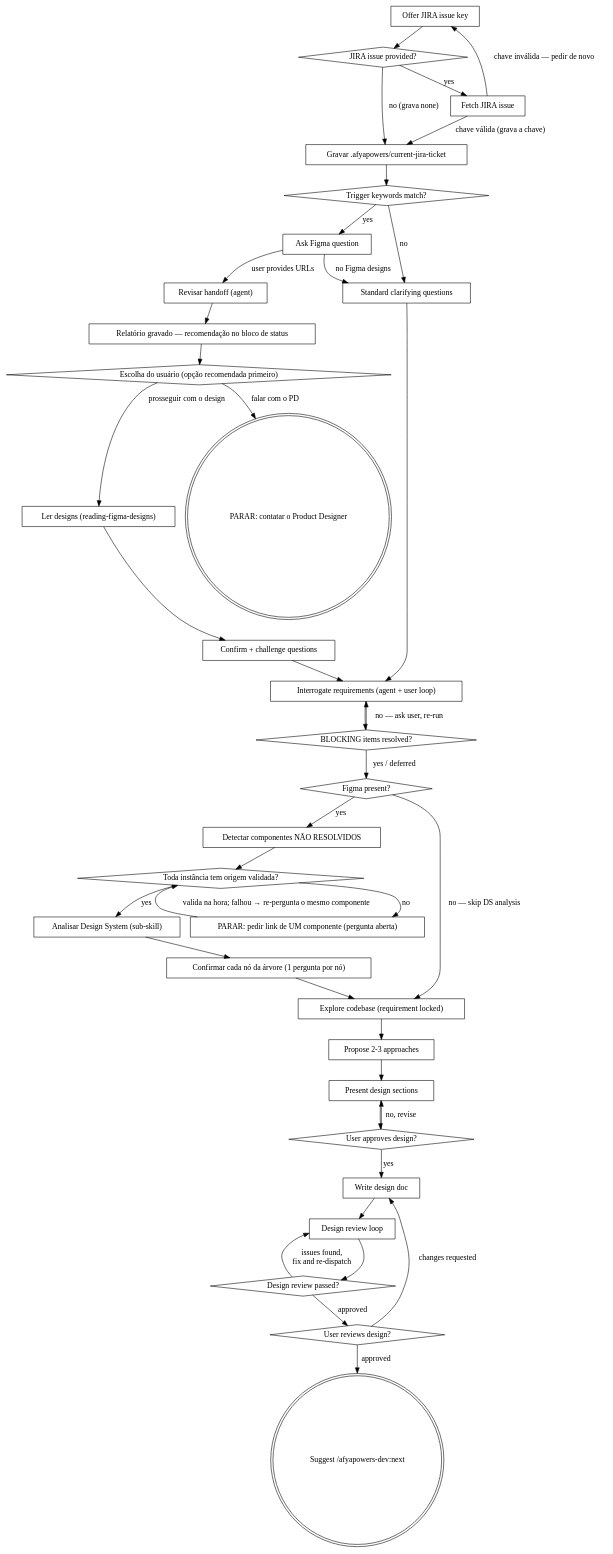
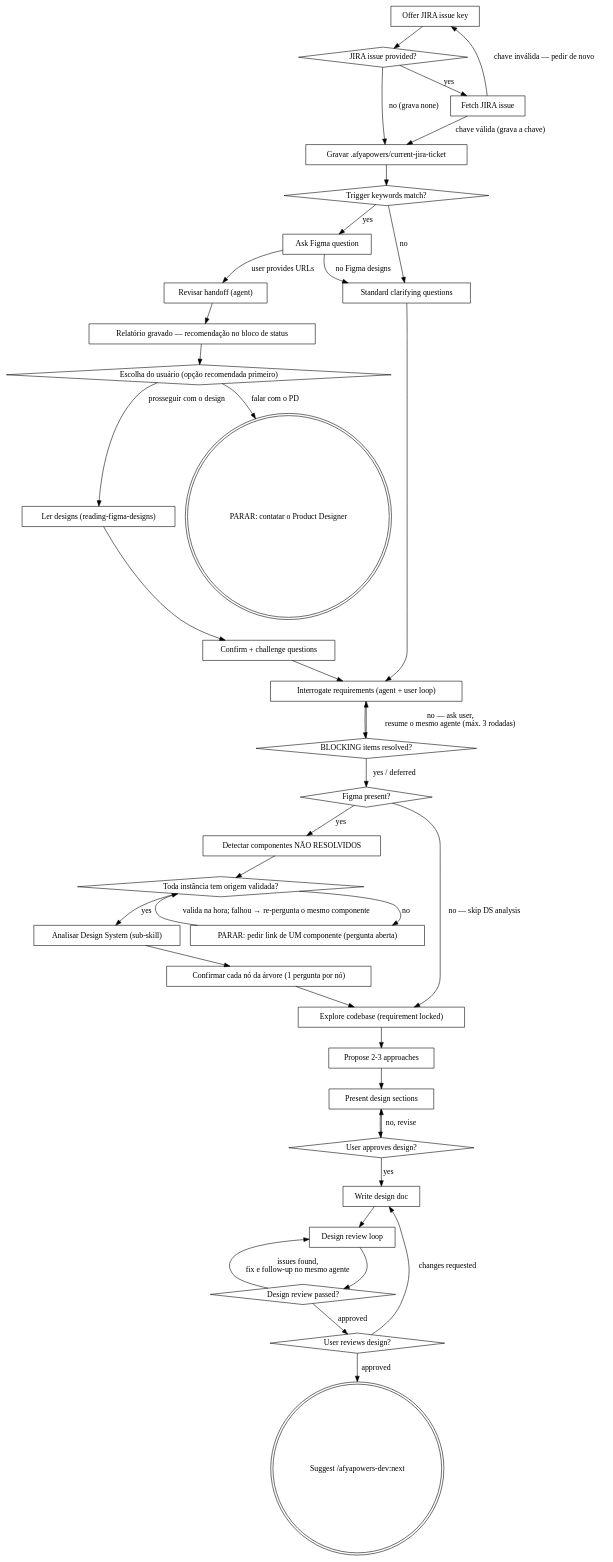
One commit to iclinic/afyapowers changed the diagram in dist/claude/skills/design/SKILL.md. Above: the diagram before and after it, drawn with Graphviz. The commit also changed other lines of this file and 51 other files, not shown here.

````diff
--- a/dist/claude/skills/design/SKILL.md
+++ b/dist/claude/skills/design/SKILL.md
@@ -62,74 +62,74 @@
 ```dot
 digraph design {
     "Offer JIRA issue key" [shape=box];
     "JIRA issue provided?" [shape=diamond];
     "Fetch JIRA issue" [shape=box];
     "Gravar .afyapowers/current-jira-ticket" [shape=box];
     "Trigger keywords match?" [shape=diamond];
     "Ask Figma question" [shape=box];
     "Revisar handoff (agent)" [shape=box];
     "Relatório gravado — recomendação no bloco de status" [shape=box];
     "Escolha do usuário (opção recomendada primeiro)" [shape=diamond];
     "PARAR: contatar o Product Designer" [shape=doublecircle];
     "Ler designs (reading-figma-designs)" [shape=box];
     "Confirm + challenge questions" [shape=box];
     "Standard clarifying questions" [shape=box];
     "Interrogate requirements (agent + user loop)" [shape=box];
     "BLOCKING items resolved?" [shape=diamond];
     "Figma present?" [shape=diamond];
     "Detectar componentes NÃO RESOLVIDOS" [shape=box];
     "Toda instância tem origem validada?" [shape=diamond];
     "PARAR: pedir link de UM componente (pergunta aberta)" [shape=box];
     "Analisar Design System (sub-skill)" [shape=box];
     "Confirmar cada nó da árvore (1 pergunta por nó)" [shape=box];
     "Explore codebase (requirement locked)" [shape=box];
     "Propose 2-3 approaches" [shape=box];
     "Present design sections" [shape=box];
     "User approves design?" [shape=diamond];
     "Write design doc" [shape=box];
     "Design review loop" [shape=box];
     "Design review passed?" [shape=diamond];
     "User reviews design?" [shape=diamond];
     "Suggest /afyapowers-dev:next" [shape=doublecircle];
 
     "Offer JIRA issue key" -> "JIRA issue provided?";
     "JIRA issue provided?" -> "Fetch JIRA issue" [label="yes"];
     "JIRA issue provided?" -> "Gravar .afyapowers/current-jira-ticket" [label="no (grava none)"];
     "Fetch JIRA issue" -> "Gravar .afyapowers/current-jira-ticket" [label="chave válida (grava a chave)"];
     "Fetch JIRA issue" -> "Offer JIRA issue key" [label="chave inválida — pedir de novo"];
     "Gravar .afyapowers/current-jira-ticket" -> "Trigger keywords match?";
     "Trigger keywords match?" -> "Ask Figma question" [label="yes"];
     "Trigger keywords match?" -> "Standard clarifying questions" [label="no"];
     "Ask Figma question" -> "Revisar handoff (agent)" [label="user provides URLs"];
     "Ask Figma question" -> "Standard clarifying questions" [label="no Figma designs"];
     "Revisar handoff (agent)" -> "Relatório gravado — recomendação no bloco de status";
     "Relatório gravado — recomendação no bloco de status" -> "Escolha do usuário (opção recomendada primeiro)";
     "Escolha do usuário (opção recomendada primeiro)" -> "PARAR: contatar o Product Designer" [label="falar com o PD"];
     "Escolha do usuário (opção recomendada primeiro)" -> "Ler designs (reading-figma-designs)" [label="prosseguir com o design"];
     "Ler designs (reading-figma-designs)" -> "Confirm + challenge questions";
     "Confirm + challenge questions" -> "Interrogate requirements (agent + user loop)";
     "Standard clarifying questions" -> "Interrogate requirements (agent + user loop)";
     "Interrogate requirements (agent + user loop)" -> "BLOCKING items resolved?";
-    "BLOCKING items resolved?" -> "Interrogate requirements (agent + user loop)" [label="no — ask user, re-run"];
+    "BLOCKING items resolved?" -> "Interrogate requirements (agent + user loop)" [label="no — ask user,\nresume o mesmo agente (máx. 3 rodadas)"];
     "BLOCKING items resolved?" -> "Figma present?" [label="yes / deferred"];
     "Figma present?" -> "Detectar componentes NÃO RESOLVIDOS" [label="yes"];
     "Figma present?" -> "Explore codebase (requirement locked)" [label="no — skip DS analysis"];
     "Detectar componentes NÃO RESOLVIDOS" -> "Toda instância tem origem validada?";
     "Toda instância tem origem validada?" -> "PARAR: pedir link de UM componente (pergunta aberta)" [label="no"];
     "PARAR: pedir link de UM componente (pergunta aberta)" -> "Toda instância tem origem validada?" [label="valida na hora; falhou → re-pergunta o mesmo componente"];
     "Toda instância tem origem validada?" -> "Analisar Design System (sub-skill)" [label="yes"];
     "Analisar Design System (sub-skill)" -> "Confirmar cada nó da árvore (1 pergunta por nó)";
     "Confirmar cada nó da árvore (1 pergunta por nó)" -> "Explore codebase (requirement locked)";
     "Explore codebase (requirement locked)" -> "Propose 2-3 approaches";
     "Propose 2-3 approaches" -> "Present design sections";
     "Present design sections" -> "User approves design?";
     "User approves design?" -> "Present design sections" [label="no, revise"];
     "User approves design?" -> "Write design doc" [label="yes"];
     "Write design doc" -> "Design review loop";
     "Design review loop" -> "Design review passed?";
-    "Design review passed?" -> "Design review loop" [label="issues found,\nfix and re-dispatch"];
+    "Design review passed?" -> "Design review loop" [label="issues found,\nfix e follow-up no mesmo agente"];
     "Design review passed?" -> "User reviews design?" [label="approved"];
     "User reviews design?" -> "Write design doc" [label="changes requested"];
     "User reviews design?" -> "Suggest /afyapowers-dev:next" [label="approved"];
 }
 ```
````
